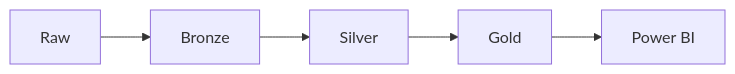
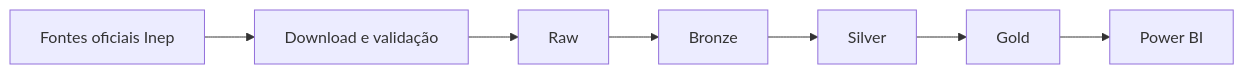
One commit to miltonRafa/portfolio-pipeline-dados-educacionais changed the diagram in README.md. Above: the diagram before and after it, drawn with Mermaid. The commit also changed other lines of this file and 46 other files, not shown here.

````diff
--- a/README.md
+++ b/README.md
@@ -45,7 +46,9 @@
 ```mermaid
 flowchart LR
+    INEP[Fontes oficiais Inep] --> AQUISICAO[Download e validação]
+    AQUISICAO --> RAW
     RAW[Raw] --> BRONZE[Bronze]
     BRONZE --> SILVER[Silver]
     SILVER --> GOLD[Gold]
     GOLD --> POWERBI[Power BI]
 ```
````
